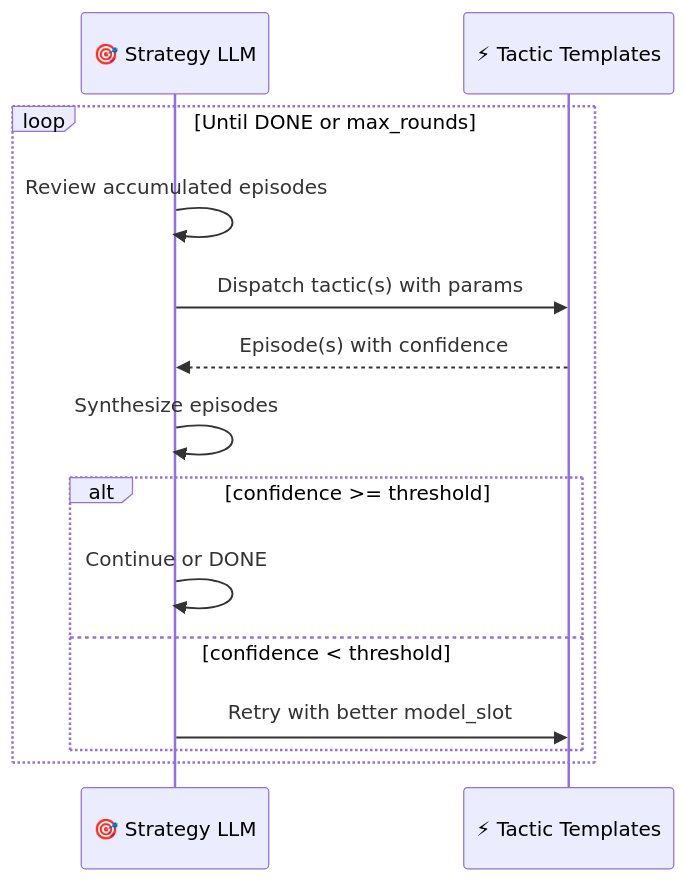
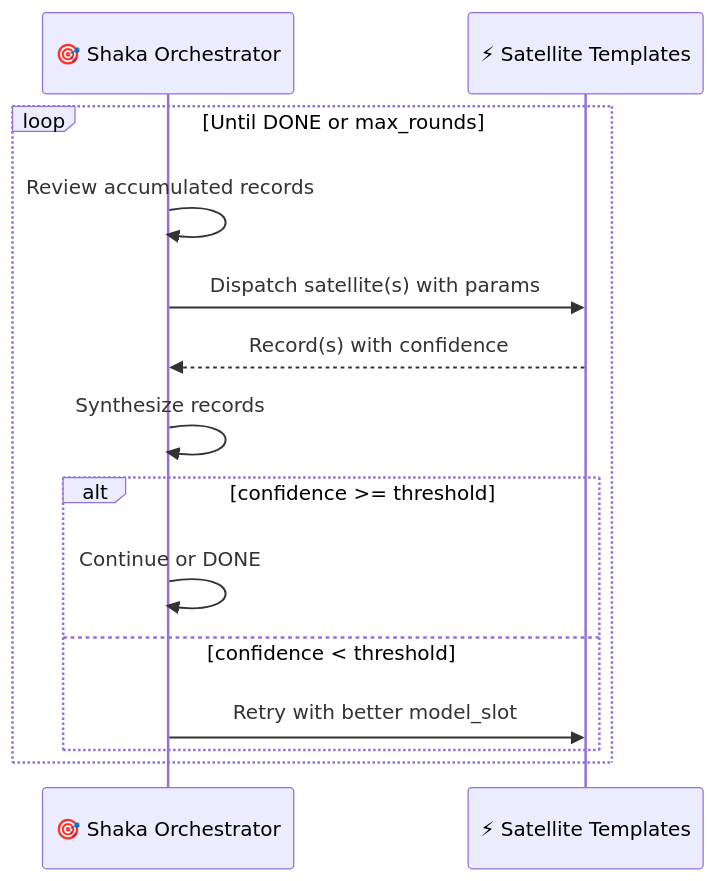
Before and after one commit to supernovae-st/nika: the fifth of 8 diagrams in docs/brainstorm/nika-evolution/07-slate-deep-integration.md, drawn with Mermaid. The commit also changed other lines of this file and 12 other files, not shown here.

````diff
--- a/docs/brainstorm/nika-evolution/07-slate-deep-integration.md
+++ b/docs/brainstorm/nika-evolution/07-slate-deep-integration.md
@@ -227,17 +227,17 @@
 ```mermaid
 sequenceDiagram
-    participant S as 🎯 Strategy LLM
-    participant T as ⚡ Tactic Templates
+    participant S as 🎯 Shaka Orchestrator
+    participant T as ⚡ Satellite Templates
 
     loop Until DONE or max_rounds
-        S->>S: Review accumulated episodes
-        S->>T: Dispatch tactic(s) with params
-        T-->>S: Episode(s) with confidence
-        S->>S: Synthesize episodes
+        S->>S: Review accumulated records
+        S->>T: Dispatch satellite(s) with params
+        T-->>S: Record(s) with confidence
+        S->>S: Synthesize records
         alt confidence >= threshold
             S->>S: Continue or DONE
         else confidence < threshold
             S->>T: Retry with better model_slot
         end
     end
 ```
````
